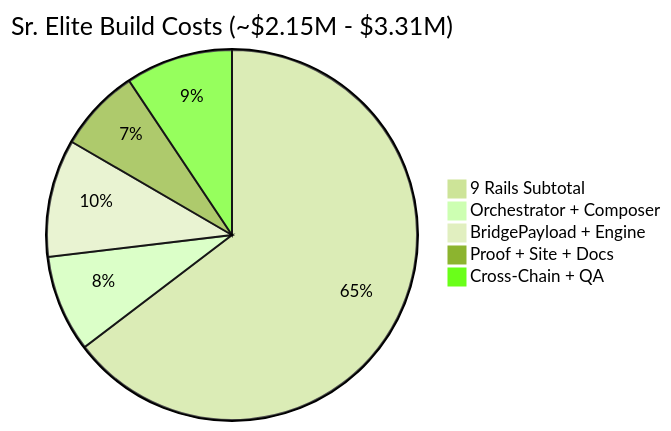
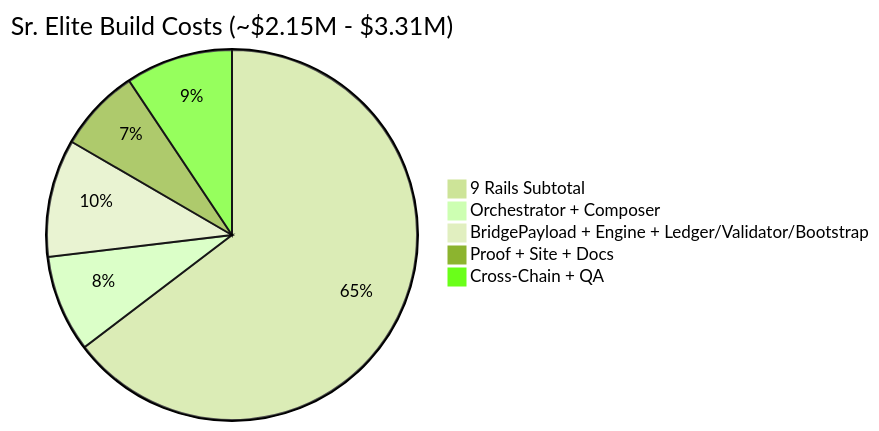
One commit to FTHTrading/troptions-rails changed the fifth of 6 diagrams in README.md. Above: the diagram before and after it, drawn with Mermaid (forest theme). The commit also changed other lines of this file, not shown here.

````diff
--- a/README.md
+++ b/README.md
@@ -192,8 +209,8 @@
 ```mermaid
 pie title Sr. Elite Build Costs (~$2.15M - $3.31M)
     "9 Rails Subtotal" : 2140000
     "Orchestrator + Composer" : 280000
-    "BridgePayload + Engine" : 340000
+    "BridgePayload + Engine + Ledger/Validator/Bootstrap" : 340000
     "Proof + Site + Docs" : 240000
     "Cross-Chain + QA" : 310000
 ```
````
